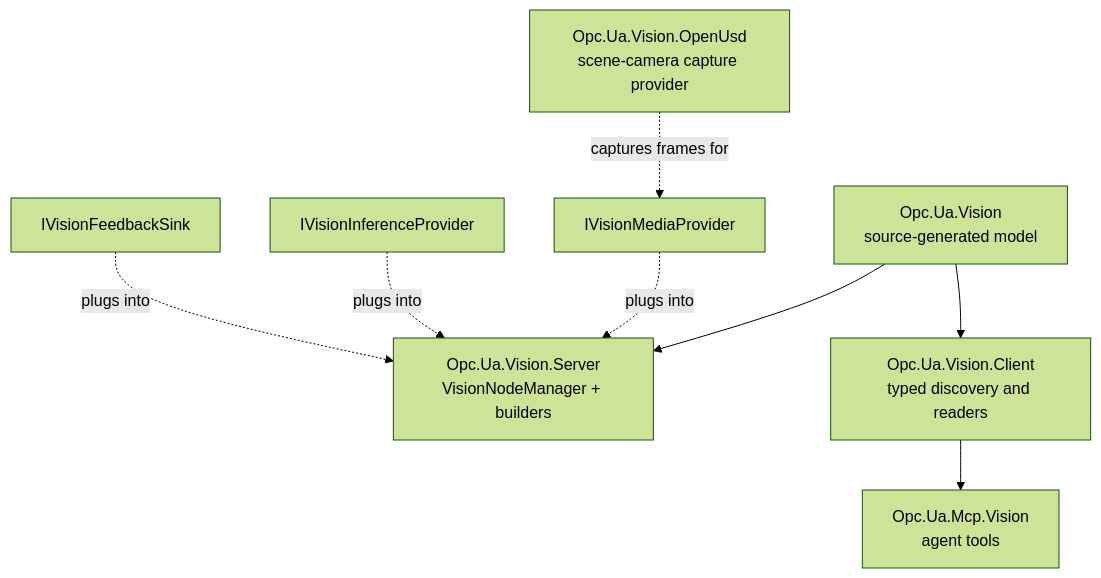
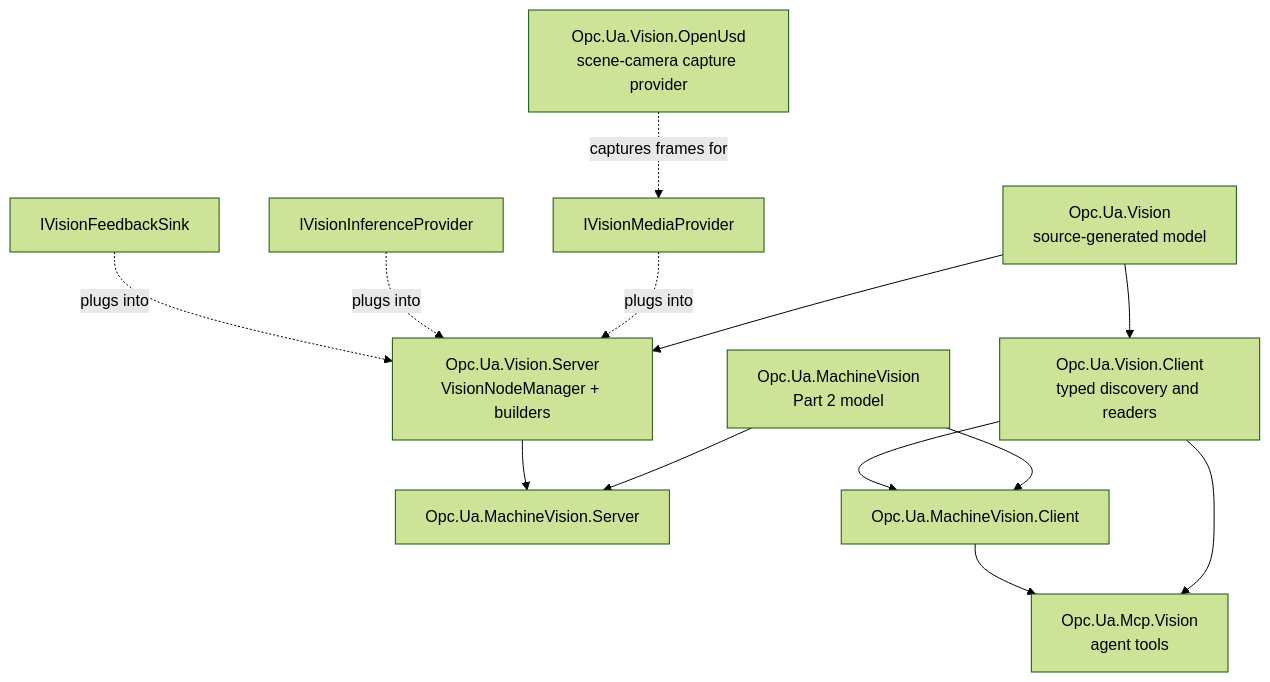
One commit to OPCFoundation/UA-.NETStandard changed the first of 7 diagrams in docs/Vision.md. Above: the diagram before and after it, drawn with Mermaid (forest theme). The commit also changed other lines of this file and 249 other files, not shown here.

First line of the commit message:
Add Machine Vision Parts 1 and 2 (#4733)

````diff
--- a/docs/Vision.md
+++ b/docs/Vision.md
@@ -73,19 +600,27 @@
 ```mermaid
 graph TD
     Model["Opc.Ua.Vision<br/>source-generated model"]
     Server["Opc.Ua.Vision.Server<br/>VisionNodeManager + builders"]
     Client["Opc.Ua.Vision.Client<br/>typed discovery and readers"]
+    Assets["Opc.Ua.MachineVision<br/>Part 2 model"]
+    AssetServer["Opc.Ua.MachineVision.Server"]
+    AssetClient["Opc.Ua.MachineVision.Client"]
     OpenUsd["Opc.Ua.Vision.OpenUsd<br/>scene-camera capture provider"]
     Mcp["Opc.Ua.Mcp.Vision<br/>agent tools"]
     Media["IVisionMediaProvider"]
     Inference["IVisionInferenceProvider"]
     Feedback["IVisionFeedbackSink"]
 
     Model --> Server
     Model --> Client
     Client --> Mcp
+    Assets --> AssetServer
+    Assets --> AssetClient
+    Server --> AssetServer
+    Client --> AssetClient
+    AssetClient --> Mcp
     OpenUsd -.->|captures frames for| Media
     Media -.->|plugs into| Server
     Inference -.->|plugs into| Server
     Feedback -.->|plugs into| Server
 ```
````
